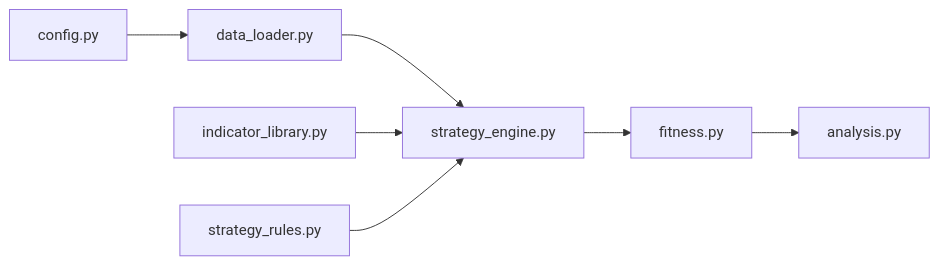
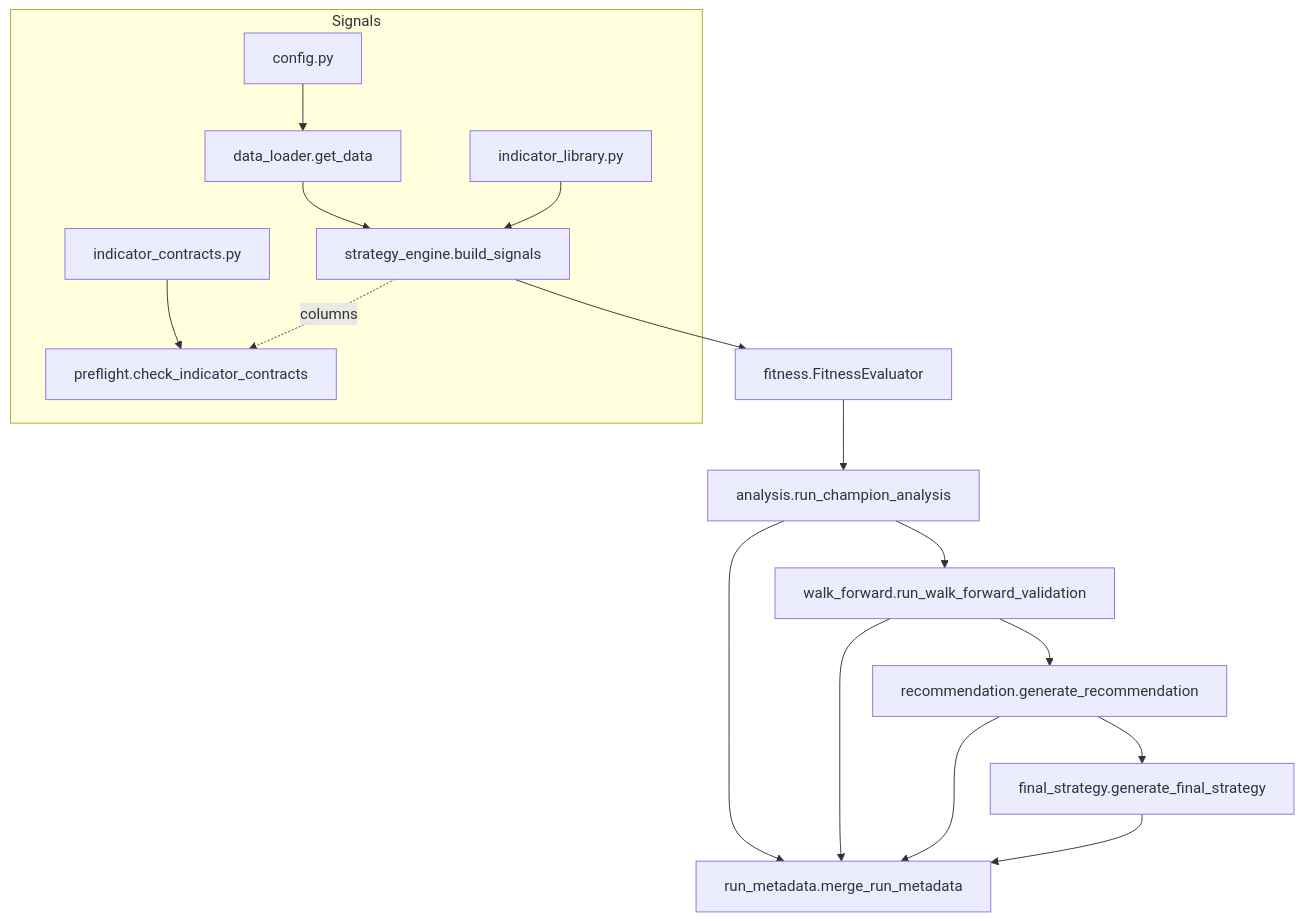
One commit to ctp5717/Gen_Algo changed the diagram in docs/architecture.md. Above: the diagram before and after it, drawn with Mermaid. The commit also changed other lines of this file and 5 other files, not shown here.

````diff
--- a/docs/architecture.md
+++ b/docs/architecture.md
@@ -7,9 +8,19 @@
 ```mermaid
-graph LR
-    config.py --> data_loader.py
-    data_loader.py --> strategy_engine.py
-    indicator_library.py --> strategy_engine.py
-    strategy_rules.py --> strategy_engine.py
-    strategy_engine.py --> fitness.py
-    fitness.py --> analysis.py
+flowchart TD
+    subgraph Signals
+        config[config.py] --> loader[data_loader.get_data]
+        loader --> engine[strategy_engine.build_signals]
+        indicators[indicator_library.py] --> engine
+        contracts[indicator_contracts.py] --> preflight[preflight.check_indicator_contracts]
+        engine -. columns .-> preflight
+    end
+    engine --> fitness[fitness.FitnessEvaluator]
+    fitness --> analysis[analysis.run_champion_analysis]
+    analysis --> metadata[run_metadata.merge_run_metadata]
+    analysis --> walk[walk_forward.run_walk_forward_validation]
+    walk --> recommendation[recommendation.generate_recommendation]
+    recommendation --> final[final_strategy.generate_final_strategy]
+    walk --> metadata
+    recommendation --> metadata
+    final --> metadata
 ```
````
